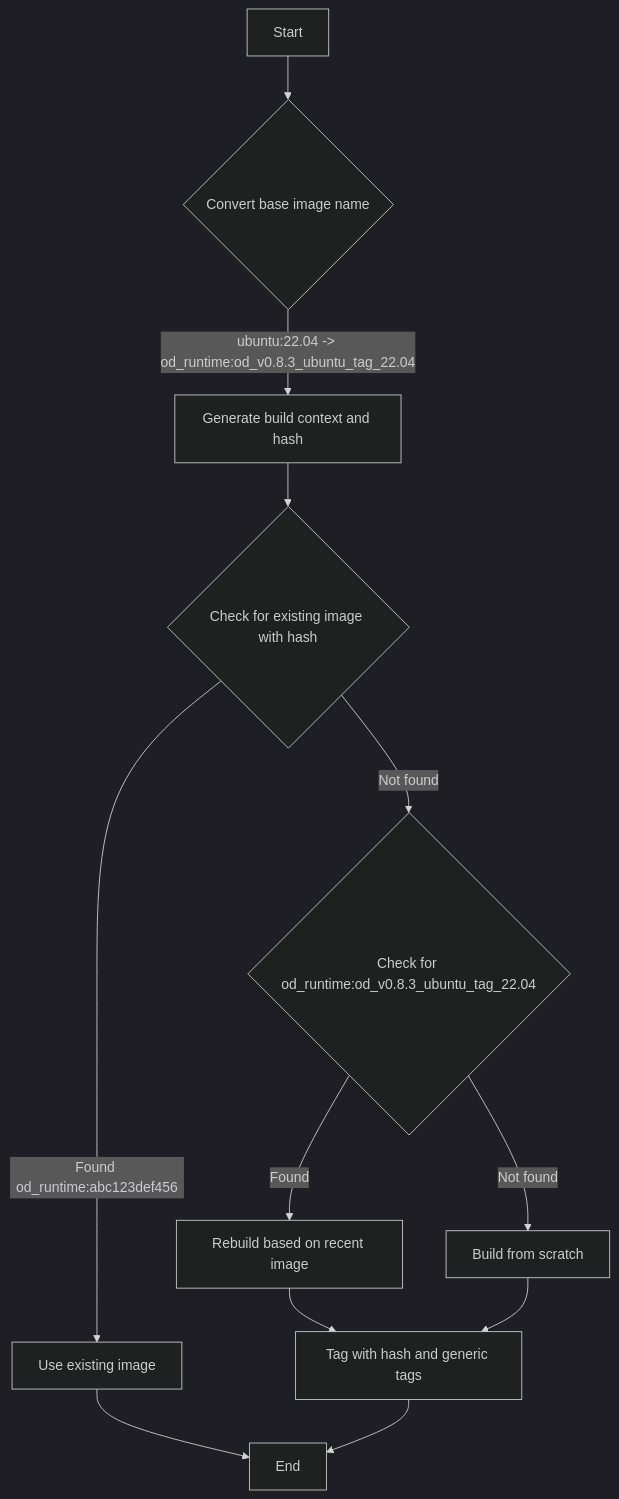
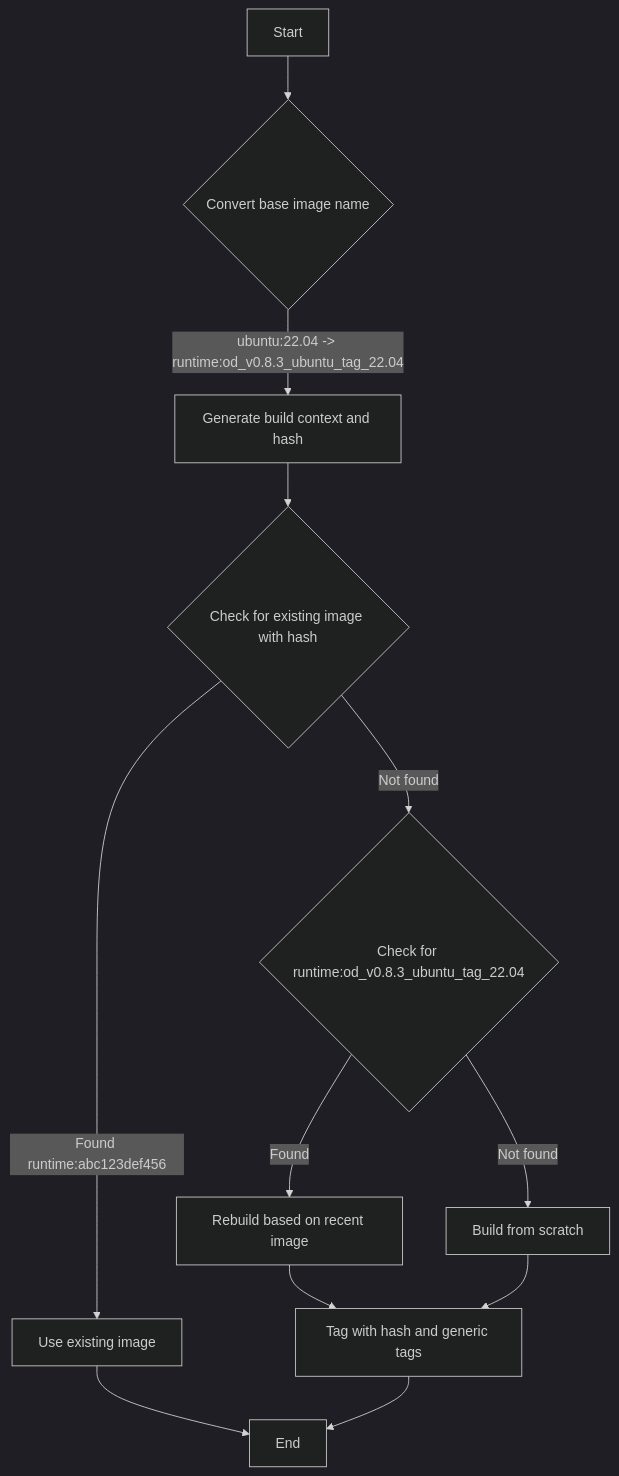
The second of 2 diagrams in docs/modules/usage/architecture/runtime.md (techyst-net/handyst), drawn with Mermaid (dark theme) before and after one commit. The commit also changed other lines of this file and 11 other files, not shown here.

````diff
--- a/docs/modules/usage/architecture/runtime.md
+++ b/docs/modules/usage/architecture/runtime.md
@@ -135,14 +135,14 @@
 ```mermaid
 flowchart TD
     A[Start] --> B{Convert base image name}
-    B --> |ubuntu:22.04 -> od_runtime:od_v0.8.3_ubuntu_tag_22.04| C[Generate build context and hash]
+    B --> |ubuntu:22.04 -> runtime:od_v0.8.3_ubuntu_tag_22.04| C[Generate build context and hash]
     C --> D{Check for existing image with hash}
-    D -->|Found od_runtime:abc123def456| E[Use existing image]
-    D -->|Not found| F{Check for od_runtime:od_v0.8.3_ubuntu_tag_22.04}
+    D -->|Found runtime:abc123def456| E[Use existing image]
+    D -->|Not found| F{Check for runtime:od_v0.8.3_ubuntu_tag_22.04}
     F -->|Found| G[Rebuild based on recent image]
     F -->|Not found| H[Build from scratch]
     G --> I[Tag with hash and generic tags]
     H --> I
     E --> J[End]
     I --> J
 ```
````
